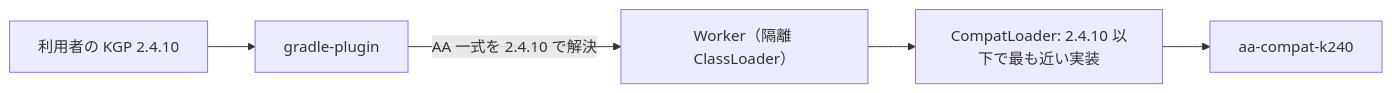
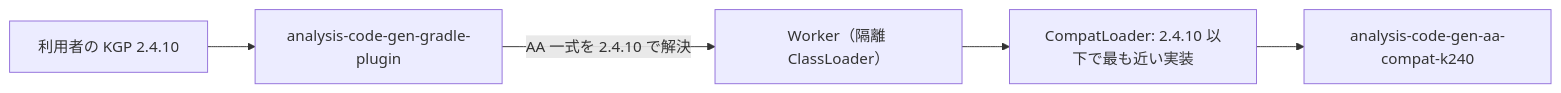
The diagram in docs/design/kotlin-multi-version.md (TBSten/analysis-code-gen), drawn with Mermaid before and after one commit. The commit also changed other lines of this file and 169 other files, not shown here.

First line of the commit message:
chore: プロダクトモジュールを analysis-code-gen-xxx・group me.tbsten.analysis.code.gen に改名 [ACG-51]

````diff
--- a/docs/design/kotlin-multi-version.md
+++ b/docs/design/kotlin-multi-version.md
@@ -7,7 +7,7 @@
 ```mermaid
 flowchart LR
-    U["利用者の KGP 2.4.10"] --> G["gradle-plugin"]
+    U["利用者の KGP 2.4.10"] --> G["analysis-code-gen-gradle-plugin"]
     G -->|"AA 一式を 2.4.10 で解決"| W["Worker（隔離 ClassLoader）"]
     W --> L["CompatLoader: 2.4.10 以下で最も近い実装"]
-    L --> C["aa-compat-k240"]
+    L --> C["analysis-code-gen-aa-compat-k240"]
 ```
````
